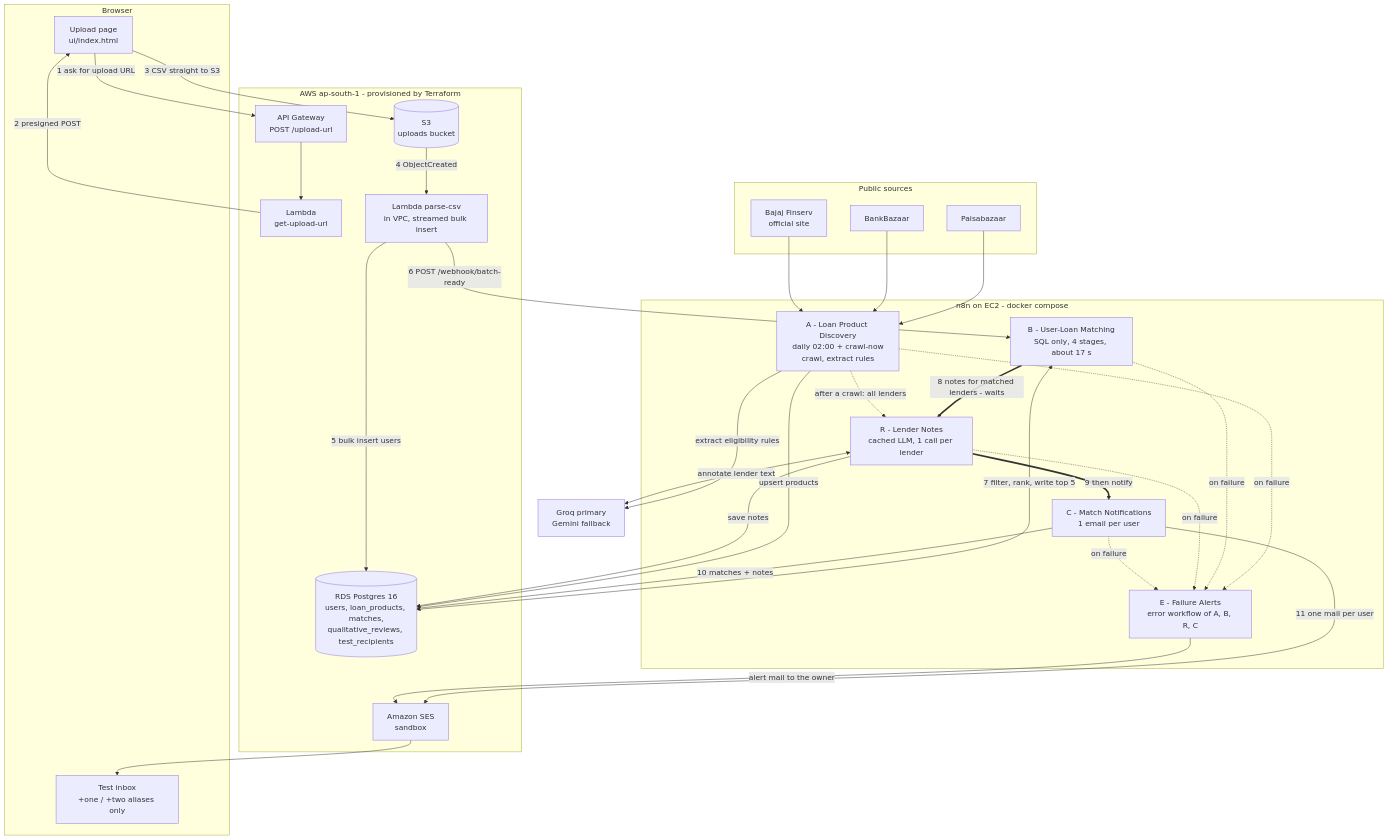
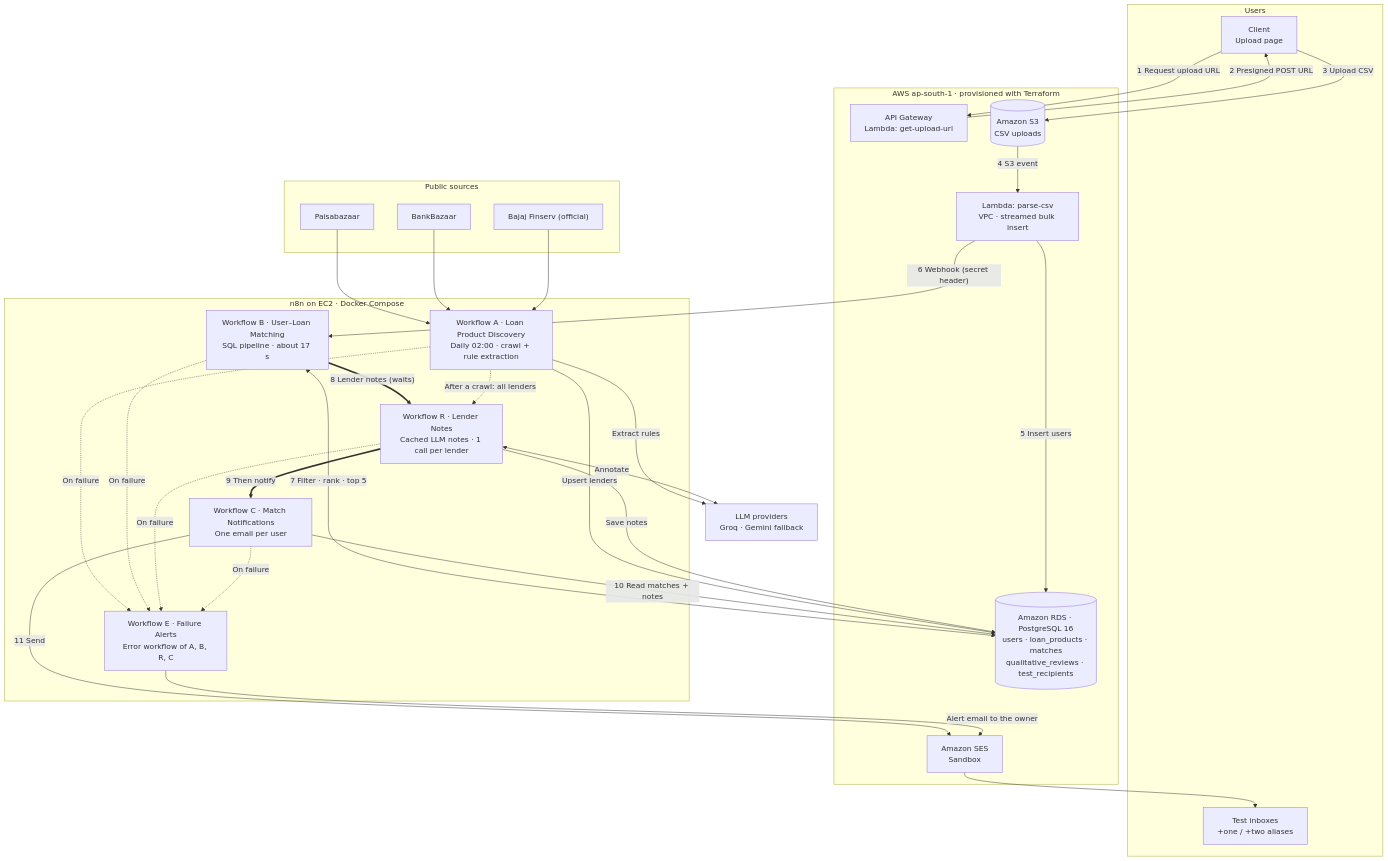
Before and after one commit to ashishnanda19/LoanMatch: the diagram in README.md, drawn with Mermaid. The commit also changed 5 other files, not shown here.

Commit message:
Architecture diagram: professional typography and wording, full workflow names; Mermaid labels aligned

````diff
--- a/README.md
+++ b/README.md
@@ -38,57 +38,56 @@
 ```mermaid
 flowchart TB
-    subgraph USER["Browser"]
-        UI["Upload page<br/>ui/index.html"]
-        INBOX["Test inbox<br/>+one / +two aliases only"]
+    subgraph USER["Users"]
+        UI["Client<br/>Upload page"]
+        INBOX["Test inboxes<br/>+one / +two aliases"]
     end
 
-    subgraph AWS["AWS ap-south-1 - provisioned by Terraform"]
-        APIGW["API Gateway<br/>POST /upload-url"]
-        L1["Lambda<br/>get-upload-url"]
-        S3[("S3<br/>uploads bucket")]
-        L2["Lambda parse-csv<br/>in VPC, streamed bulk insert"]
-        RDS[("RDS Postgres 16<br/>users, loan_products, matches,<br/>qualitative_reviews, test_recipients")]
-        SES["Amazon SES<br/>sandbox"]
+    subgraph AWS["AWS ap-south-1 · provisioned with Terraform"]
+        APIGW["API Gateway<br/>Lambda: get-upload-url"]
+        S3[("Amazon S3<br/>CSV uploads")]
+        L2["Lambda: parse-csv<br/>VPC · streamed bulk insert"]
+        RDS[("Amazon RDS · PostgreSQL 16<br/>users · loan_products · matches<br/>qualitative_reviews · test_recipients")]
+        SES["Amazon SES<br/>Sandbox"]
     end
 
-    subgraph N8N["n8n on EC2 - docker compose"]
-        A["A - Loan Product Discovery<br/>daily 02:00 + crawl-now<br/>crawl, extract rules"]
-        B["B - User-Loan Matching<br/>SQL only, 4 stages, about 17 s"]
-        R["R - Lender Notes<br/>cached LLM, 1 call per lender"]
-        C["C - Match Notifications<br/>1 email per user"]
-        E["E - Failure Alerts<br/>error workflow of A, B, R, C"]
+    subgraph N8N["n8n on EC2 · Docker Compose"]
+        A["Workflow A · Loan Product Discovery<br/>Daily 02:00 · crawl + rule extraction"]
+        B["Workflow B · User–Loan Matching<br/>SQL pipeline · about 17 s"]
+        R["Workflow R · Lender Notes<br/>Cached LLM notes · 1 call per lender"]
+        C["Workflow C · Match Notifications<br/>One email per user"]
+        E["Workflow E · Failure Alerts<br/>Error workflow of A, B, R, C"]
     end
 
     subgraph WEB["Public sources"]
         PB["Paisabazaar"]
         BB["BankBazaar"]
-        BJ["Bajaj Finserv<br/>official site"]
+        BJ["Bajaj Finserv (official)"]
     end
-    LLM["Groq primary<br/>Gemini fallback"]
+    LLM["LLM providers<br/>Groq · Gemini fallback"]
 
-    UI -->|"1 ask for upload URL"| APIGW --> L1
-    L1 -->|"2 presigned POST"| UI
-    UI -->|"3 CSV straight to S3"| S3
-    S3 -->|"4 ObjectCreated"| L2
-    L2 -->|"5 bulk insert users"| RDS
-    L2 -->|"6 POST /webhook/batch-ready"| B
-    B <-->|"7 filter, rank, write top 5"| RDS
-    B ==>|"8 notes for matched lenders - waits"| R
-    R ==>|"9 then notify"| C
-    C -->|"10 matches + notes"| RDS
-    C -->|"11 one mail per user"| SES --> INBOX
+    UI -->|"1 Request upload URL"| APIGW
+    APIGW -->|"2 Presigned POST URL"| UI
+    UI -->|"3 Upload CSV"| S3
+    S3 -->|"4 S3 event"| L2
+    L2 -->|"5 Insert users"| RDS
+    L2 -->|"6 Webhook (secret header)"| B
+    B <-->|"7 Filter · rank · top 5"| RDS
+    B ==>|"8 Lender notes (waits)"| R
+    R ==>|"9 Then notify"| C
+    C -->|"10 Read matches + notes"| RDS
+    C -->|"11 Send"| SES --> INBOX
 
     PB --> A
     BB --> A
     BJ --> A
-    A -->|"extract eligibility rules"| LLM
-    A -->|"upsert products"| RDS
-    A -.->|"after a crawl: all lenders"| R
-    R <-->|"annotate lender text"| LLM
-    R -->|"save notes"| RDS
-    A -.->|"on failure"| E
-    B -.->|"on failure"| E
-    R -.->|"on failure"| E
-    C -.->|"on failure"| E
-    E -->|"alert mail to the owner"| SES
+    A -->|"Extract rules"| LLM
+    A -->|"Upsert lenders"| RDS
+    A -.->|"After a crawl: all lenders"| R
+    R <-->|"Annotate"| LLM
+    R -->|"Save notes"| RDS
+    A -.->|"On failure"| E
+    B -.->|"On failure"| E
+    R -.->|"On failure"| E
+    C -.->|"On failure"| E
+    E -->|"Alert email to the owner"| SES
 ```
````
